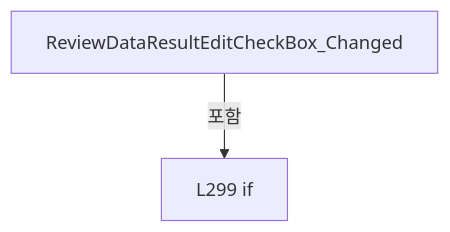
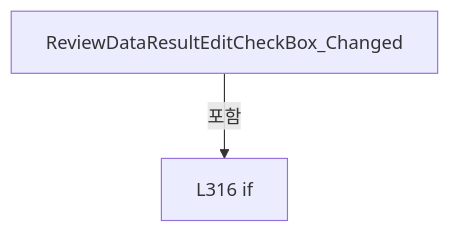
Diagram 15 of 18 in A3 LD Code Ref/files/Drilling.UI/Views/CReviewDataView.xaml.cs.md (kjuws10-rgb/Shared), drawn with Mermaid before and after one commit. The commit also changed other lines of this file and 2071 other files, not shown here.

Commit message:
docs(a3): update 11.19.0 architecture and code reference

````diff
--- a/A3 LD Code Ref/files/Drilling.UI/Views/CReviewDataView.xaml.cs.md
+++ b/A3 LD Code Ref/files/Drilling.UI/Views/CReviewDataView.xaml.cs.md
@@ -1102,6 +1217,6 @@
 ```mermaid
 flowchart TD
  M["ReviewDataResultEditCheckBox_Changed"]
- N0["L299 if"]
+ N0["L316 if"]
  M -->|포함| N0
 ```
````
